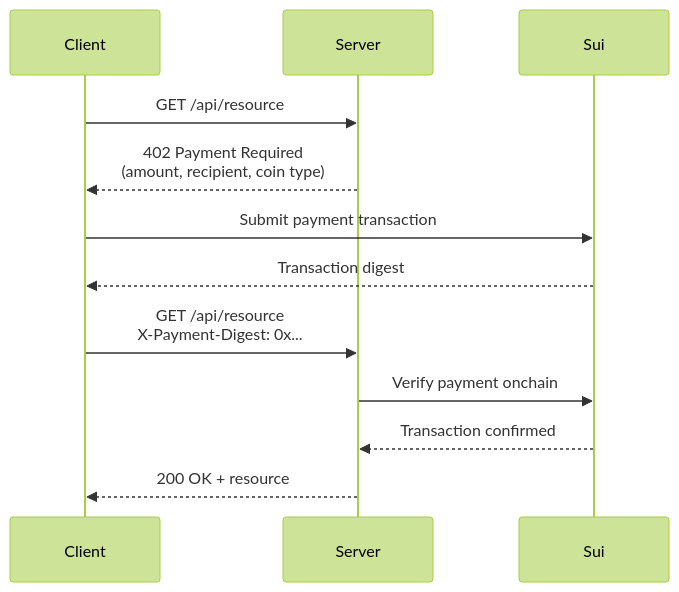
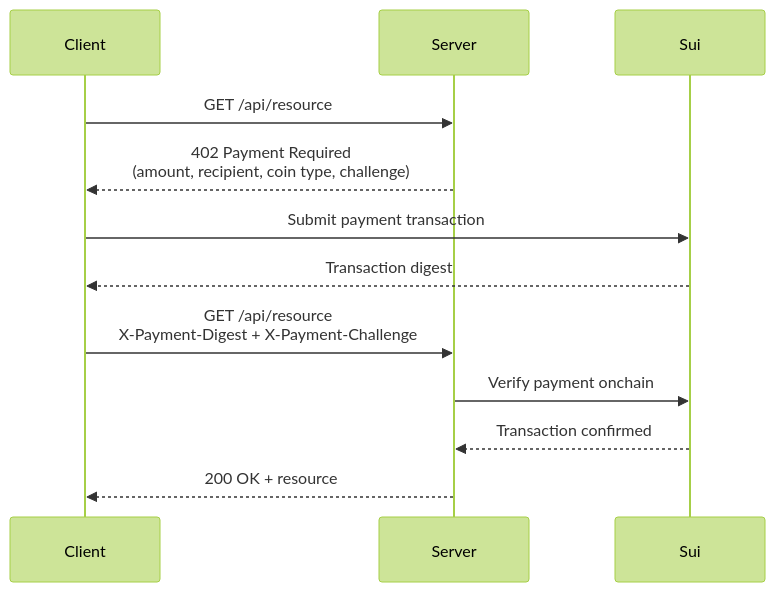
One commit to MystenLabs/sui changed the diagram in docs/content/onchain-finance/x402-pay-per-request.mdx. Above: the diagram before and after it, drawn with Mermaid (forest theme). The commit also changed other lines of this file and 1 other file, not shown here.

First line of the commit message:
docs: fix x402 and recipient resolution API issues

````diff
--- a/docs/content/onchain-finance/x402-pay-per-request.mdx
+++ b/docs/content/onchain-finance/x402-pay-per-request.mdx
@@ -19,15 +19,15 @@
 ```mermaid
 sequenceDiagram
     participant Client
     participant Server
     participant Sui
 
     Client->>Server: GET /api/resource
-    Server-->>Client: 402 Payment Required<br/>(amount, recipient, coin type)
+    Server-->>Client: 402 Payment Required<br/>(amount, recipient, coin type, challenge)
     Client->>Sui: Submit payment transaction
     Sui-->>Client: Transaction digest
-    Client->>Server: GET /api/resource<br/>X-Payment-Digest: 0x...
+    Client->>Server: GET /api/resource<br/>X-Payment-Digest + X-Payment-Challenge
     Server->>Sui: Verify payment onchain
     Sui-->>Server: Transaction confirmed
     Server-->>Client: 200 OK + resource
 ```
````
